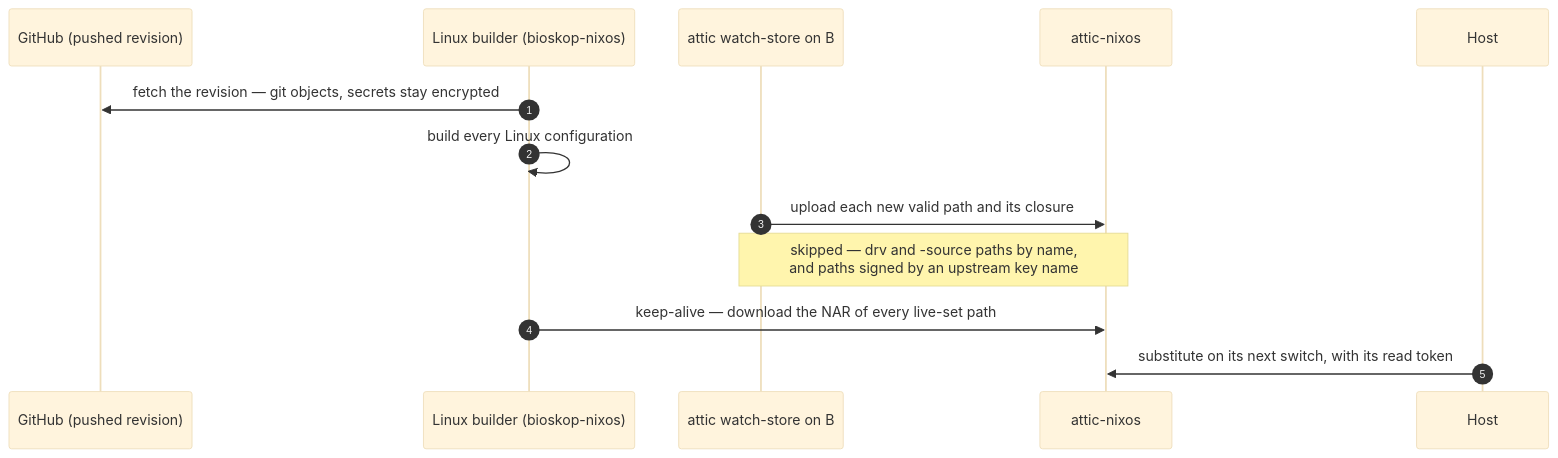
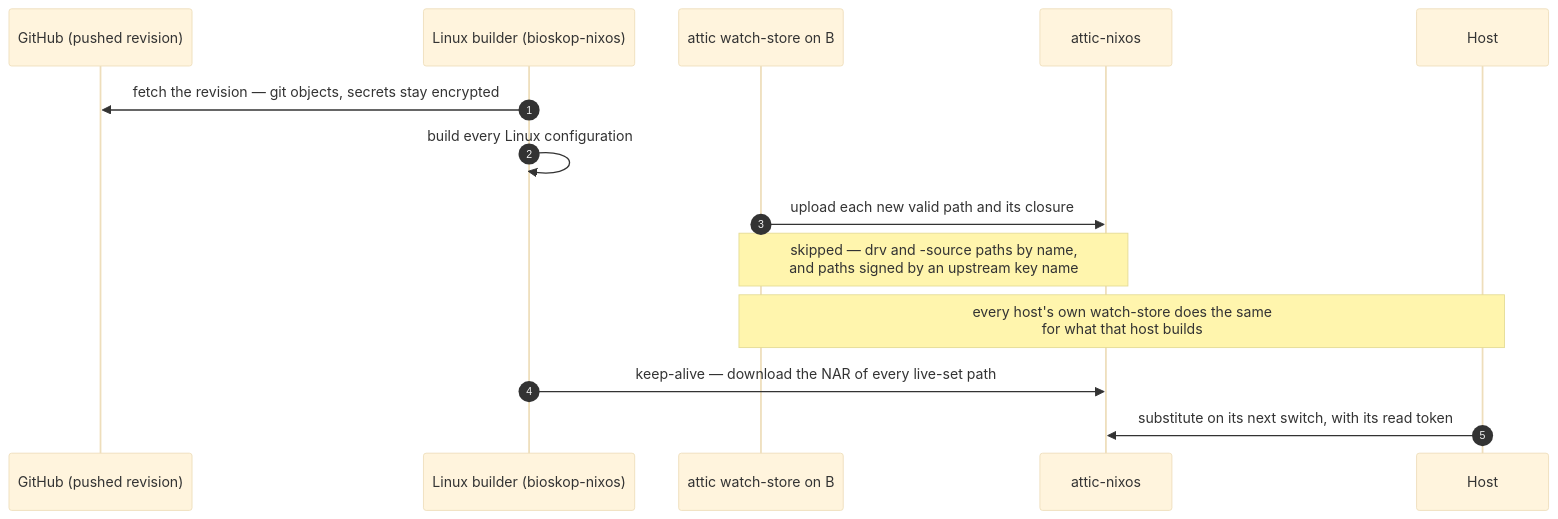
The second of 5 diagrams in docs/private-binary-cache-spec.adoc (seedmatic/ndh), drawn with Mermaid (base theme) before and after one commit. The commit also changed other lines of this file and 1 other file, not shown here.

```diff
--- a/docs/private-binary-cache-spec.adoc
+++ b/docs/private-binary-cache-spec.adoc
@@ -279,16 +331,17 @@
 [mermaid]
 ....
 sequenceDiagram
   autonumber
   participant G as GitHub (pushed revision)
   participant B as Linux builder (bioskop-nixos)
   participant W as attic watch-store on B
   participant A as attic-nixos
   participant H as Host
   B->>G: fetch the revision — git objects, secrets stay encrypted
   B->>B: build every Linux configuration
   W->>A: upload each new valid path and its closure
   Note over W,A: skipped — drv and -source paths by name,<br/>and paths signed by an upstream key name
+  Note over W,H: every host's own watch-store does the same<br/>for what that host builds
   B->>A: keep-alive — download the NAR of every live-set path
   H->>A: substitute on its next switch, with its read token
 ....
```
